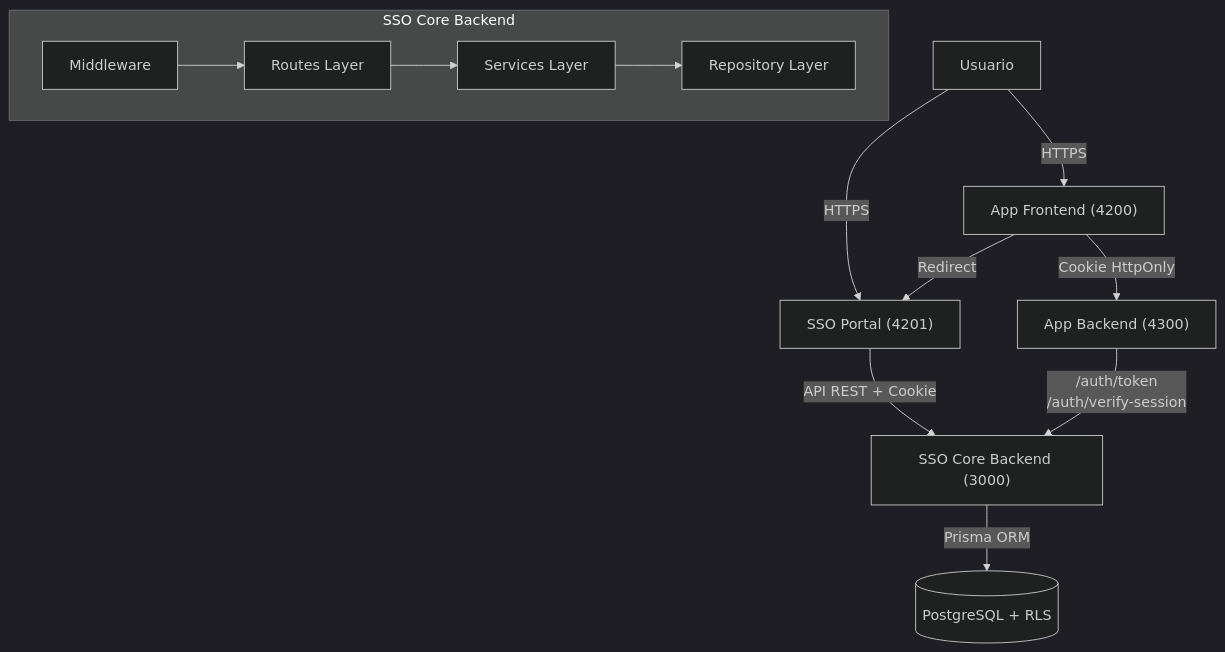
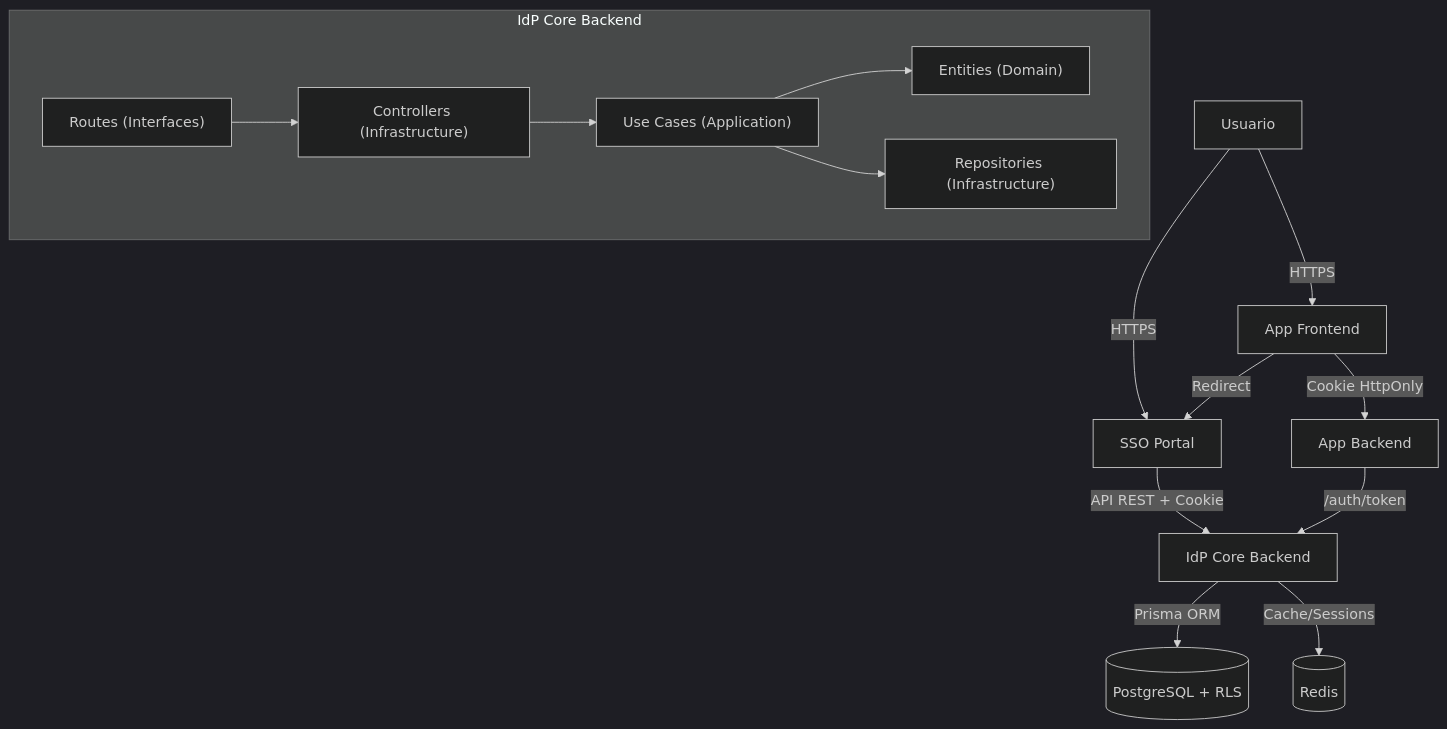
Before and after one commit to cmontesvergara/sso-core: the first of 2 diagrams in docs/shared/architecture.md, drawn with Mermaid (dark theme). The commit also changed other lines of this file and 14 other files, not shown here.

````diff
--- a/docs/shared/architecture.md
+++ b/docs/shared/architecture.md
@@ -11,24 +55,27 @@
 ```mermaid
 graph TD
-    User["Usuario"] -->|HTTPS| Portal["SSO Portal (4201)"]
-    User -->|HTTPS| App["App Frontend (4200)"]
+    User["Usuario"] -->|HTTPS| Portal["SSO Portal"]
+    User -->|HTTPS| App["App Frontend"]
 
-    Portal -->|"API REST + Cookie"| Backend["SSO Core Backend (3000)"]
+    Portal -->|"API REST + Cookie"| Backend["IdP Core Backend"]
     App -->|Redirect| Portal
 
-    subgraph "SSO Core Backend"
-        Routes["Routes Layer"]
-        Services["Services Layer"]
-        Repos["Repository Layer"]
-        Middleware["Middleware"]
+    subgraph "IdP Core Backend"
+        Routes["Routes (Interfaces)"]
+        Controllers["Controllers (Infrastructure)"]
+        UseCases["Use Cases (Application)"]
+        Entities["Entities (Domain)"]
+        Repos["Repositories (Infrastructure)"]
 
-        Routes --> Services
-        Services --> Repos
-        Middleware --> Routes
+        Routes --> Controllers
+        Controllers --> UseCases
+        UseCases --> Entities
+        UseCases --> Repos
     end
 
     Backend -->|"Prisma ORM"| DB[("PostgreSQL + RLS")]
+    Backend -->|"Cache/Sessions"| Redis[("Redis")]
 
-    AppBackend["App Backend (4300)"] -->|"/auth/token\n/auth/verify-session"| Backend
+    AppBackend["App Backend"] -->|"/auth/token"| Backend
     App -->|"Cookie HttpOnly"| AppBackend
 ```
````
